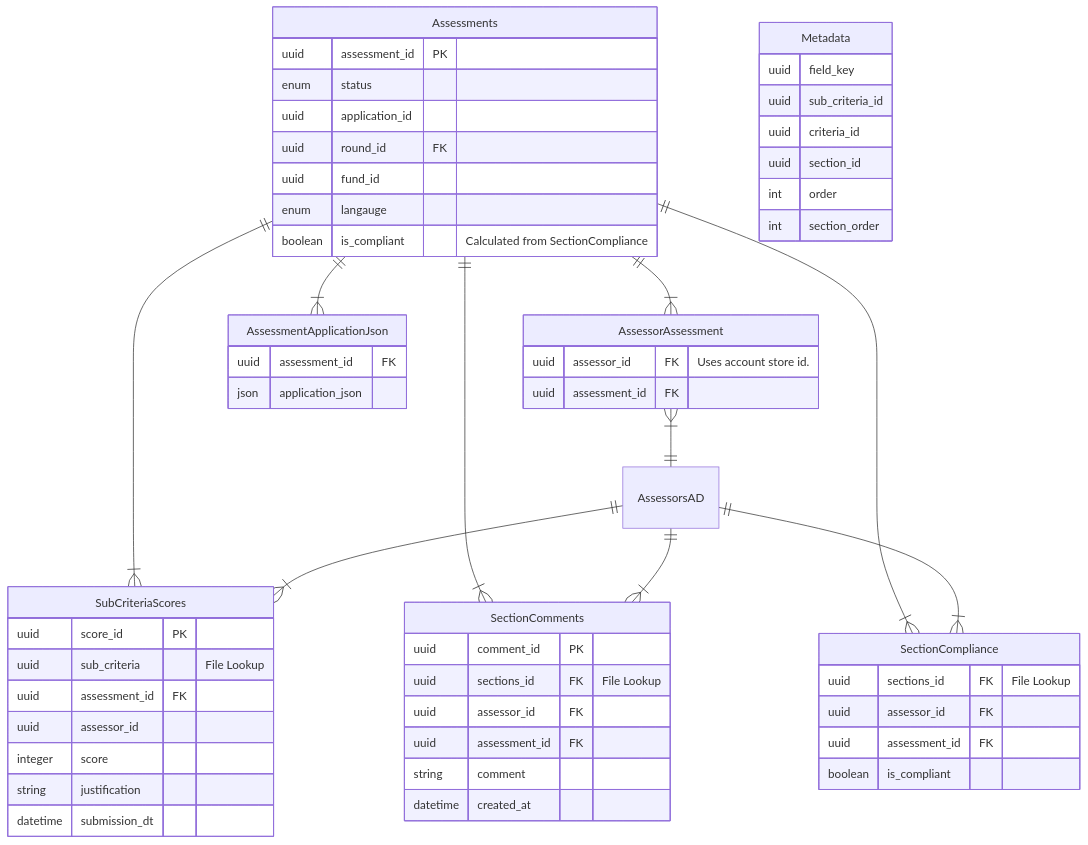
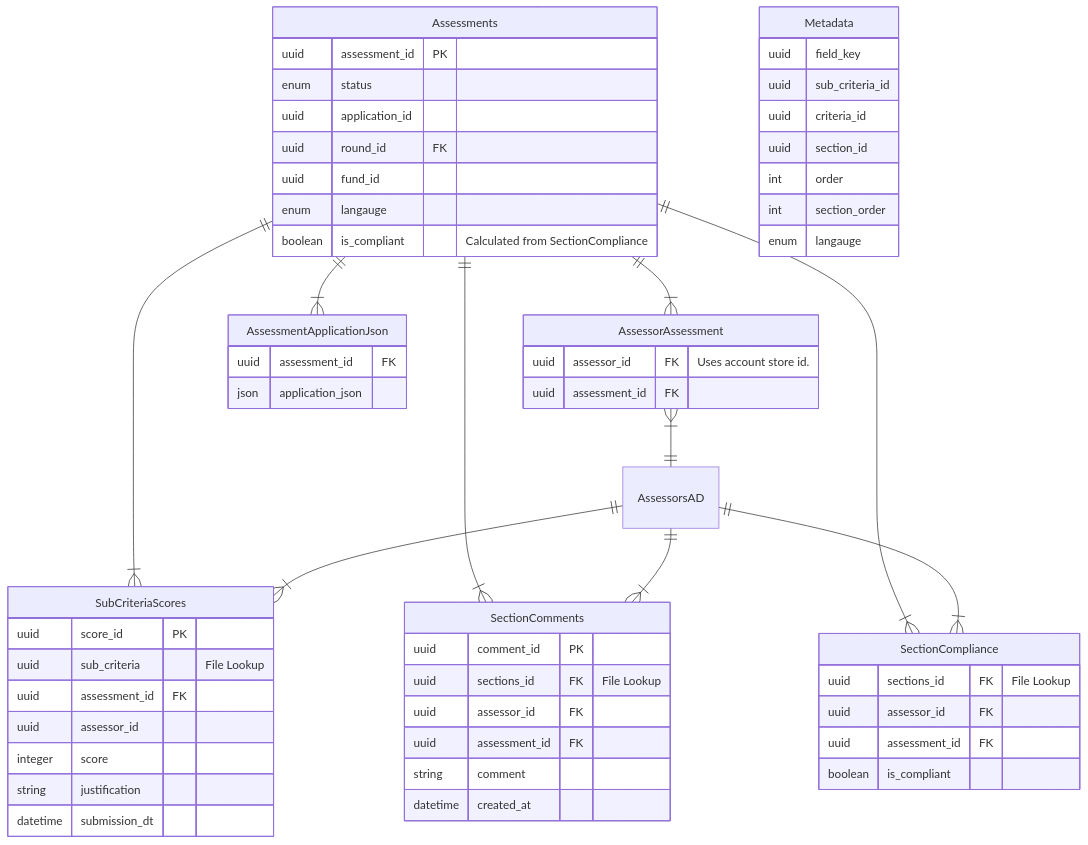
One commit to communitiesuk/funding-service-design-assessment-store changed the diagram in diagrams/db_diagram.md. Above: the diagram before and after it, drawn with Mermaid.

````diff
--- a/diagrams/db_diagram.md
+++ b/diagrams/db_diagram.md
@@ -1,63 +1,64 @@
 ```mermaid
 erDiagram
 	AssessorAssessment {
 		uuid assessor_id FK "Uses account store id."
 		uuid assessment_id FK
 	}
 	Assessments {
 		uuid assessment_id PK
 		enum status
 		uuid application_id
 		uuid round_id FK
 		uuid fund_id
 		enum langauge 
 		boolean is_compliant  "Calculated from SectionCompliance"
 	}
 	AssessmentApplicationJson {
 		uuid assessment_id FK
 		json application_json
 	}
 	SubCriteriaScores {
 		uuid score_id PK
 		uuid sub_criteria  "File Lookup"
 		uuid assessment_id FK
 		uuid assessor_id
 		integer score
 		string justification
 		datetime submission_dt
 	}
 	SectionCompliance {
 		uuid sections_id FK "File Lookup"
 		uuid assessor_id FK
 		uuid assessment_id FK
 		boolean is_compliant
 	}
 	SectionComments {
 		uuid comment_id PK
 		uuid sections_id FK "File Lookup"
 		uuid assessor_id FK
 		uuid assessment_id FK
 		string comment
 		datetime created_at
 	}
 	Metadata {
 		uuid field_key
 		uuid sub_criteria_id
 		uuid criteria_id
 		uuid section_id
 		int order
 		int section_order
+		enum langauge
 	}
 		
 	
 	
 	Assessments ||--|{ SubCriteriaScores : ""
 	Assessments ||--|{ SectionComments : ""
 	Assessments ||--|{ SectionCompliance : ""
 	Assessments ||--|{ AssessmentApplicationJson : ""
 	Assessments ||--|{ AssessorAssessment : ""
 	AssessorsAD ||--|{ SectionComments : ""
 	AssessorsAD ||--|{ SubCriteriaScores : ""
 	AssessorsAD ||--|{ SectionCompliance : ""
 	AssessorAssessment }|--|| AssessorsAD : ""
 ```
````
